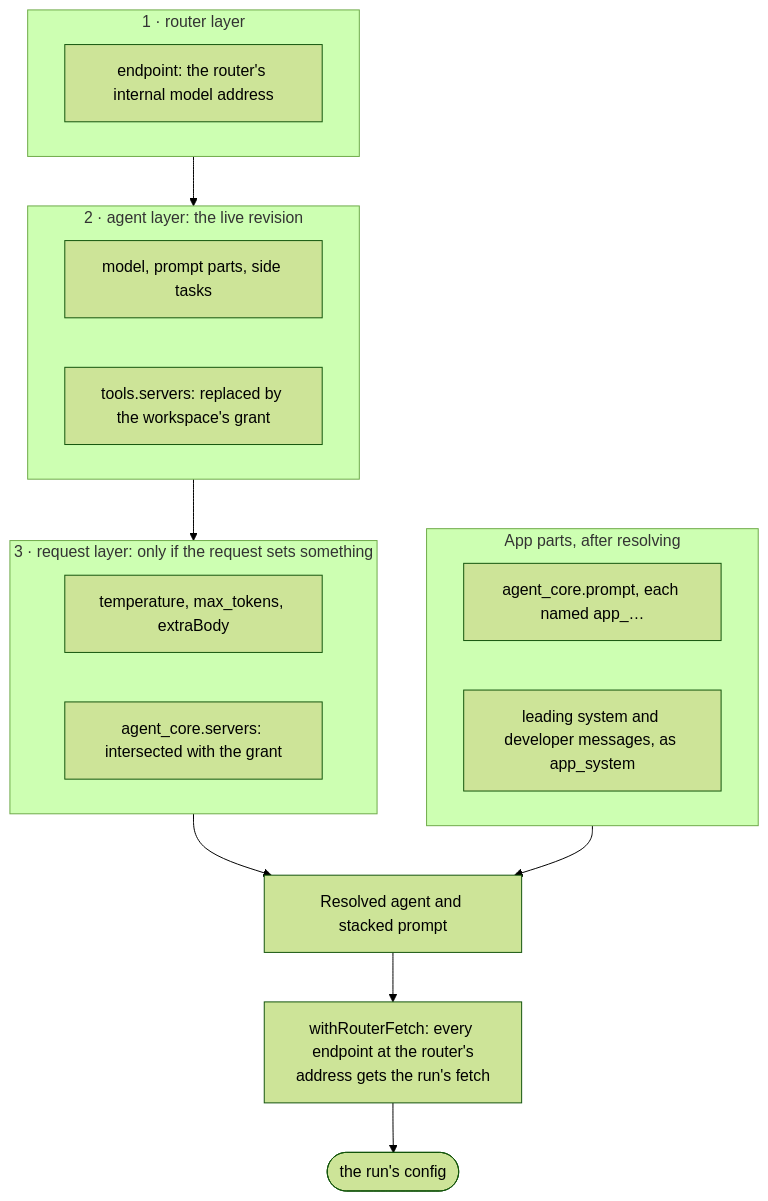
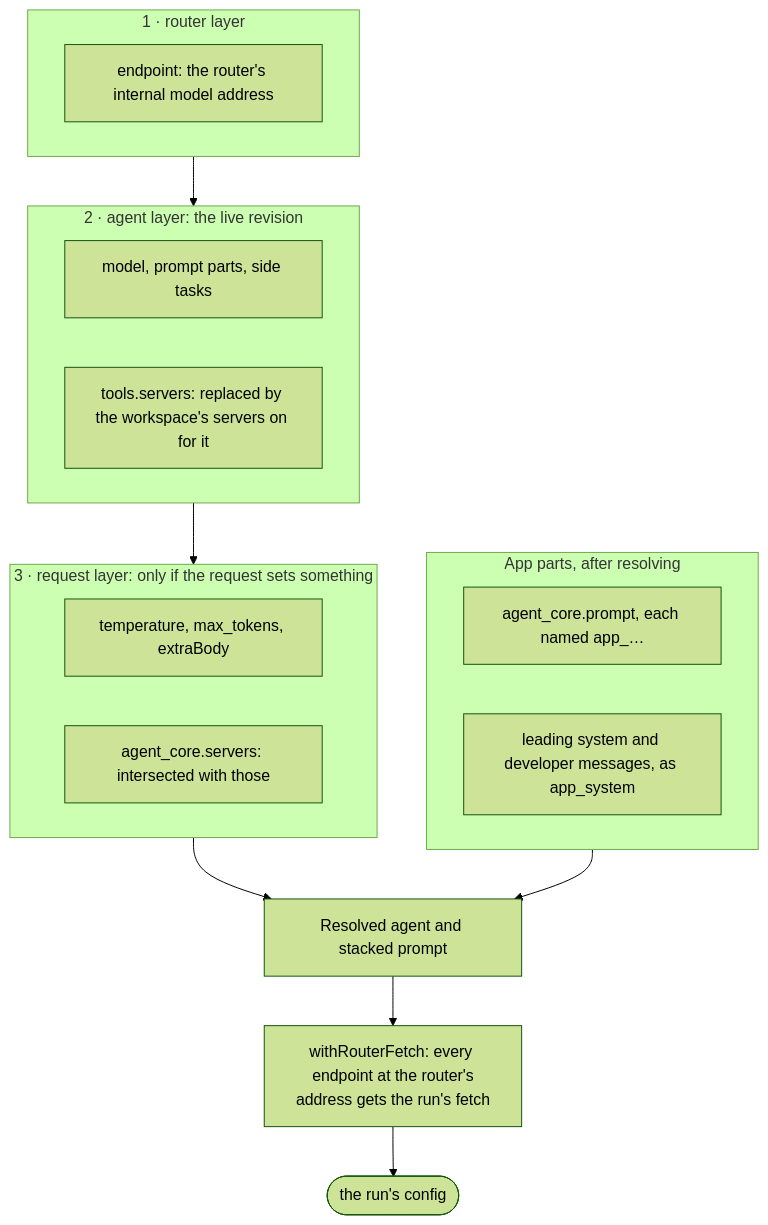
One commit to cubicecho/ai-router changed the third of 14 diagrams in HOW-IT-WORKS.md. Above: the diagram before and after it, drawn with Mermaid (forest theme). The commit also changed other lines of this file and 35 other files, not shown here.

First line of the commit message:
feat(workspaces): every agent reaches the workspace's servers unless turned off

````diff
--- a/HOW-IT-WORKS.md
+++ b/HOW-IT-WORKS.md
@@ -123,24 +128,24 @@
 ```mermaid
 flowchart TB
   subgraph L1["1 · router layer"]
     r1["endpoint: the router's internal model address"]
   end
   subgraph L2["2 · agent layer: the live revision"]
     a1["model, prompt parts, side tasks"]
-    a2["tools.servers: replaced by the workspace's grant"]
+    a2["tools.servers: replaced by the workspace's servers on for it"]
   end
   subgraph L3["3 · request layer: only if the request sets something"]
     q1["temperature, max_tokens, extraBody"]
-    q2["agent_core.servers: intersected with the grant"]
+    q2["agent_core.servers: intersected with those"]
   end
   subgraph AP["App parts, after resolving"]
     p1["agent_core.prompt, each named app_…"]
     p2["leading system and developer messages, as app_system"]
   end
   R["Resolved agent and stacked prompt"]
   F["withRouterFetch: every endpoint at the router's<br/>address gets the run's fetch"]
 
   L1 --> L2 --> L3 --> R
   AP --> R
   R --> F --> loop(["the run's config"])
 ```
````
